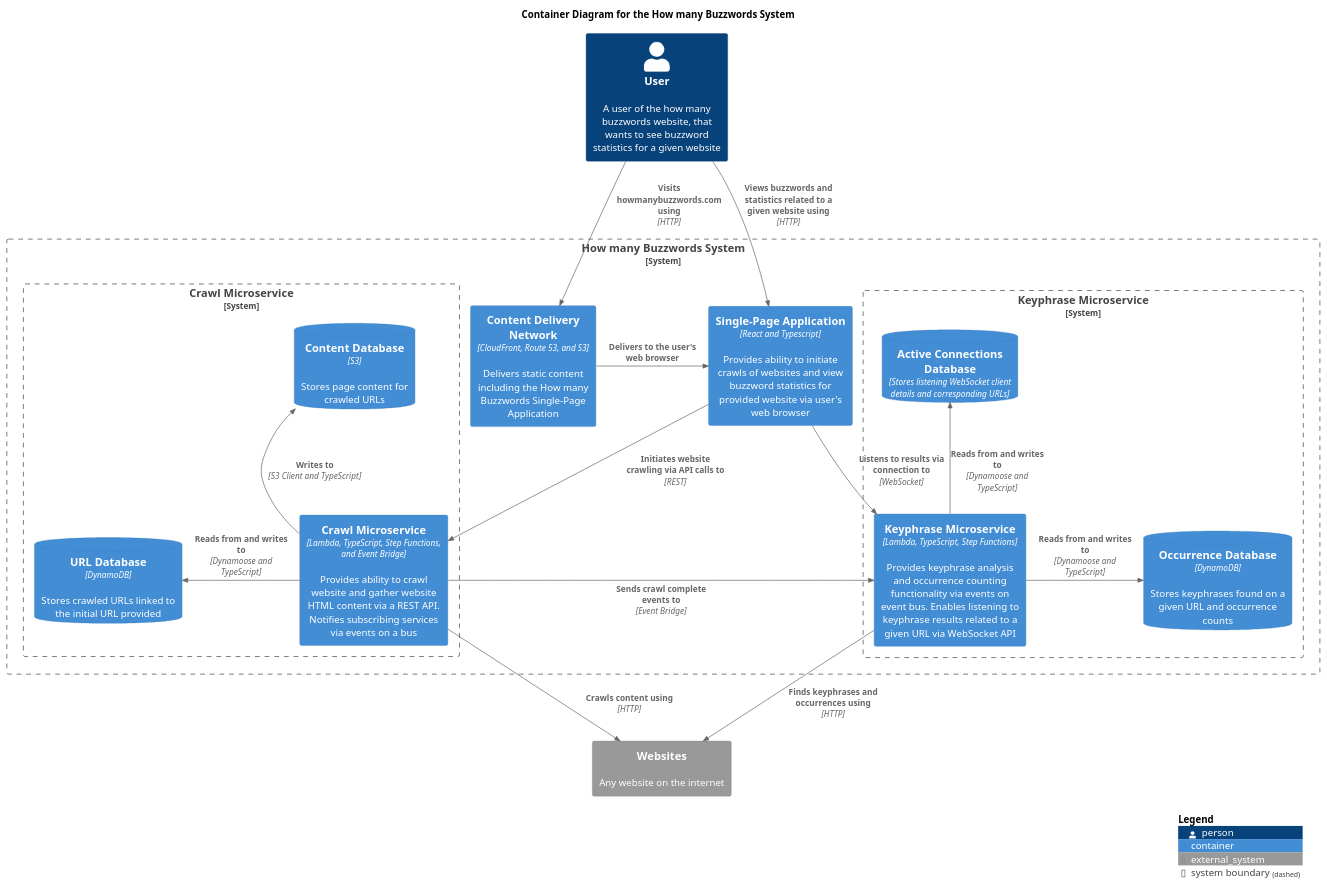
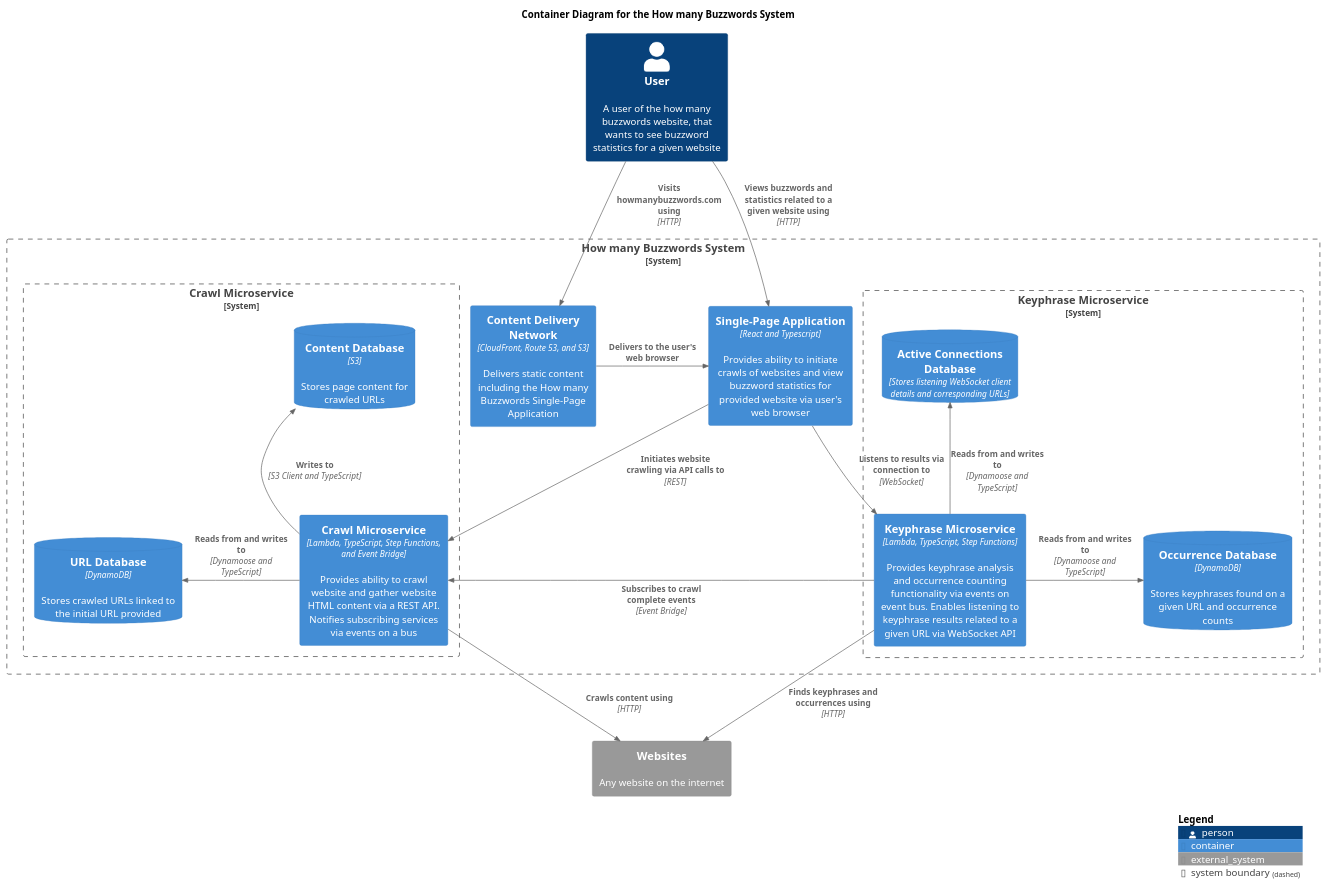
One commit to ashley-evans/how-many-buzzwords changed the diagram in docs/c4-diagrams/buzzword-c4-container.puml. Above: the diagram before and after it, drawn with PlantUML.

Commit message:
Update buzzword-c4-container to change direction of event bus dependency to keyphrase initiated

```diff
--- a/docs/c4-diagrams/buzzword-c4-container.puml
+++ b/docs/c4-diagrams/buzzword-c4-container.puml
@@ -1,46 +1,46 @@
 @startuml Buzzword C4 Container Diagram
 
 !include https://raw.githubusercontent.com/plantuml-stdlib/C4-PlantUML/master/C4_Container.puml
 
 title Container Diagram for the How many Buzzwords System
 
 Person(user, "User", "A user of the how many buzzwords website, that wants to see buzzword statistics for a given website")
 System_Boundary(buzzword_system, "How many Buzzwords System") {
     Container(content_delivery_network, "Content Delivery Network", "CloudFront, Route 53, and S3", $descr="Delivers static content including the How many Buzzwords Single-Page Application")
     Container(single_page_application, "Single-Page Application", "React and Typescript", $descr="Provides ability to initiate crawls of websites and view buzzword statistics for provided website via user's web browser")
 
     System_Boundary(crawl_microservice_boundary, "Crawl Microservice") {
         Container(crawl_microservice, "Crawl Microservice", "Lambda, TypeScript, Step Functions, and Event Bridge", $descr="Provides ability to crawl website and gather website HTML content via a REST API. Notifies subscribing services via events on a bus", "")
         ContainerDb(crawl_url_db, "URL Database", "DynamoDB", $descr="Stores crawled URLs linked to the initial URL provided")
         ContainerDb(crawl_content_db, "Content Database", "S3", $descr="Stores page content for crawled URLs")
     }
 
     System_Boundary(keyphrase_microservice_boundary, "Keyphrase Microservice") {
         Container(keyphrase_microservice, "Keyphrase Microservice", "Lambda, TypeScript, Step Functions", "Provides keyphrase analysis and occurrence counting functionality via events on event bus. Enables listening to keyphrase results related to a given URL via WebSocket API")
         ContainerDb(occurrence_db, "Occurrence Database", "DynamoDB", "Stores keyphrases found on a given URL and occurrence counts")
         ContainerDb(active_connections_db, "Active Connections Database", "Stores listening WebSocket client details and corresponding URLs")
     }
 }
 
 System_Ext(websites, "Websites", "Any website on the internet")
 
 Rel(user, content_delivery_network, "Visits howmanybuzzwords.com using", "HTTP")
 Rel(user, single_page_application, "Views buzzwords and statistics related to a given website using", "HTTP")
 
 Rel_R(content_delivery_network, single_page_application, "Delivers to the user's web browser")
 
 Rel(single_page_application, crawl_microservice, "Initiates website crawling via API calls to", "REST")
 Rel(single_page_application, keyphrase_microservice, "Listens to results via connection to", "WebSocket")
 
 Rel_L(crawl_microservice, crawl_url_db, "Reads from and writes to", "Dynamoose and TypeScript")
 Rel_U(crawl_microservice, crawl_content_db, "Writes to", "S3 Client and TypeScript")
-Rel_R(crawl_microservice, keyphrase_microservice, "Sends crawl complete events to", "Event Bridge")
 Rel(crawl_microservice, websites, "Crawls content using", "HTTP")
 
 Rel_R(keyphrase_microservice, occurrence_db, "Reads from and writes to", "Dynamoose and TypeScript")
 Rel_U(keyphrase_microservice, active_connections_db, "Reads from and writes to", "Dynamoose and TypeScript")
+Rel_L(keyphrase_microservice, crawl_microservice, "Subscribes to crawl complete events", "Event Bridge")
 Rel(keyphrase_microservice, websites, "Finds keyphrases and occurrences using", "HTTP")
 
 SHOW_LEGEND()
 
 @enduml
```
